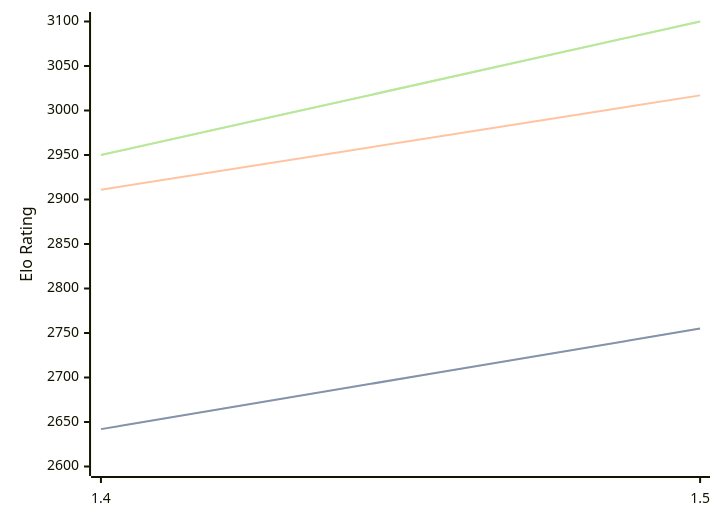
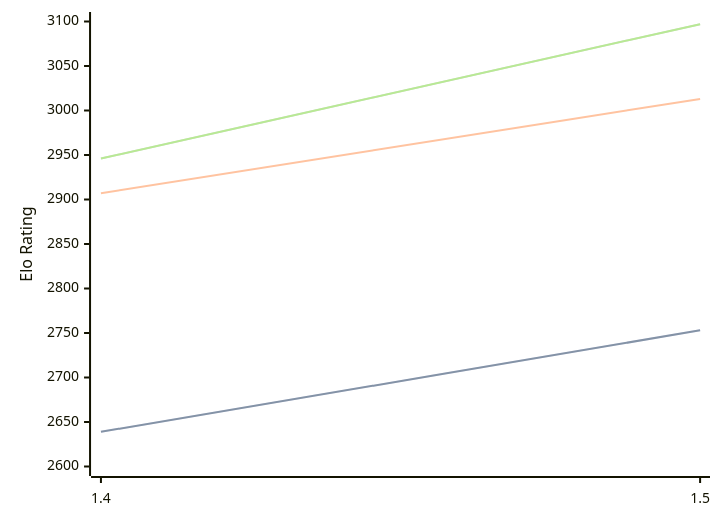
One commit to computer-chess-index/cci changed the diagram in engines/Yakka.md. Above: the diagram before and after it, drawn with Mermaid. The commit also changed other lines of this file, not shown here.

Commit message:
Update CCI Ratings (ELO VLTC) - 2026-08-12

````diff
--- a/engines/Yakka.md
+++ b/engines/Yakka.md
@@ -32,11 +32,11 @@
 ```mermaid
 %%{init: {"theme":"base","themeVariables":{"seriesColors:['#a3a3a3','#222221','#faa371']}}}%%
 xychart-beta
   x-axis ["1.4", "1.5"]
   y-axis "Elo Rating" 2600 --> 3100
-  line "STC (8.0+0.08s)" [2642, 2755]
-  line "STC (8.0+0.08s)" [2642, 2755]
-  line "LTC (60.0+0.60s)" [2911, 3017]
-  line "VLTC (2m24s+1.12s)" [2950, 3100]
-  line "VLTC (2m24s+1.12s)" [2950, 3100]
+  line "STC (8.0+0.08s)" [2639, 2753]
+  line "STC (8.0+0.08s)" [2639, 2753]
+  line "LTC (60.0+0.60s)" [2907, 3013]
+  line "VLTC (2m24s+1.12s)" [2946, 3097]
+  line "VLTC (2m24s+1.12s)" [2946, 3097]
 ```
````
